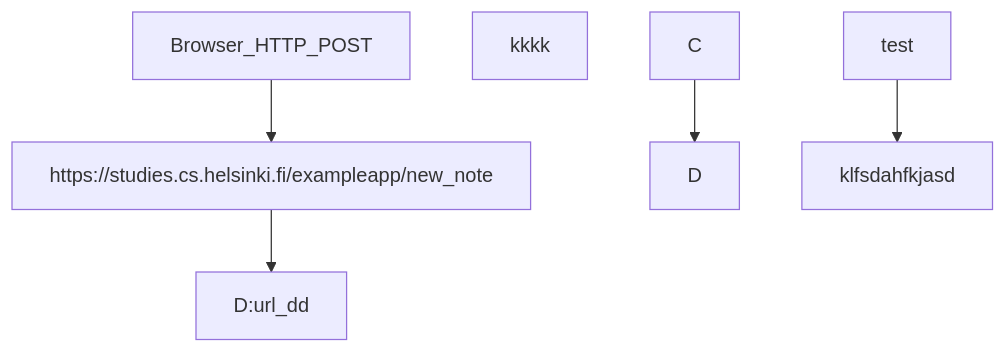
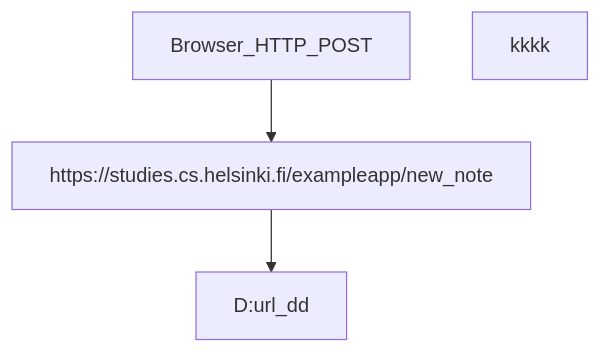
The diagram in Part0/0.4 - New note diagram/readme.md (TomppeliG6-8/fullstack), drawn with Mermaid before and after one commit.

````diff
--- a/Part0/0.4 - New note diagram/readme.md
+++ b/Part0/0.4 - New note diagram/readme.md
@@ -1,7 +1,5 @@
 ```mermaid
 graph TD;
     Browser_HTTP_POST-->https://studies.cs.helsinki.fi/exampleapp/new_note;
     https://studies.cs.helsinki.fi/exampleapp/new_note-->D:url_dd;kkkk
-    C-->D;
-    test-->klfsdahfkjasd;
 ```
````
